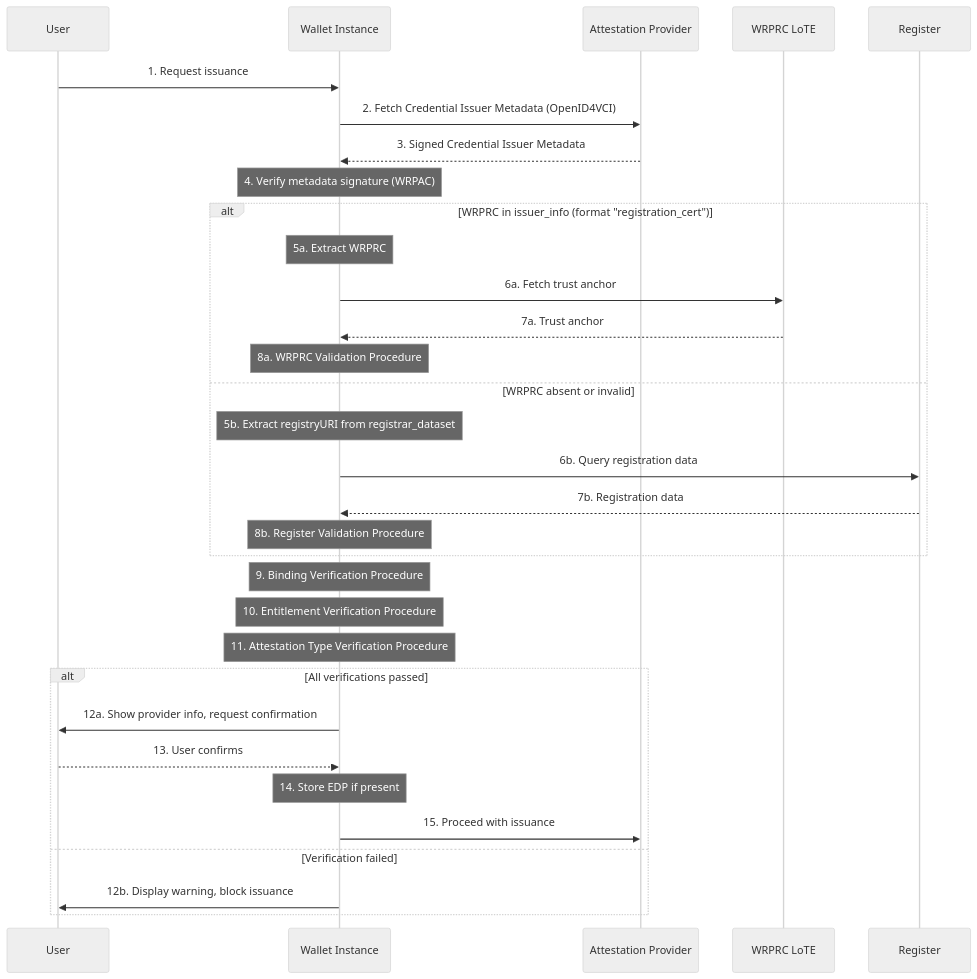
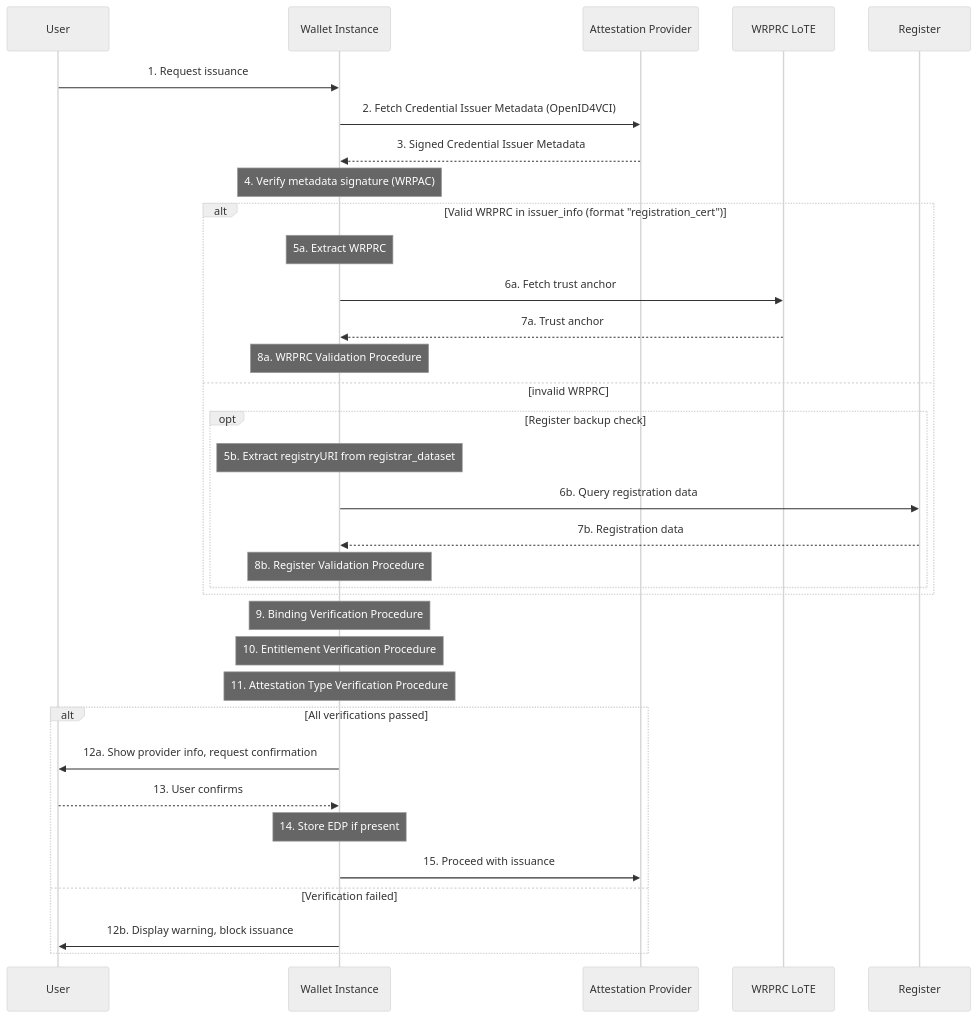
Before and after one commit to APTITUDE-Consortium/wp2-trust-specifications: the second of 4 diagrams in docs/topics/authorization-process.md, drawn with Mermaid (neutral theme). The commit also changed other lines of this file, not shown here.

Commit message:
Chore: refactor of AuthZ checks with WRPRC mandatory

````diff
--- a/docs/topics/authorization-process.md
+++ b/docs/topics/authorization-process.md
@@ -416,40 +401,42 @@
 ```mermaid
 sequenceDiagram
     %%autonumber
     participant User
     participant WI as Wallet Instance
     participant AP as Attestation Provider
     participant TL as WRPRC LoTE
     participant Reg as Register
 
     User->>WI: 1. Request issuance
     WI->>AP: 2. Fetch Credential Issuer Metadata (OpenID4VCI)
     AP-->>WI: 3. Signed Credential Issuer Metadata
 
     Note over WI: 4. Verify metadata signature (WRPAC)
 
-    alt WRPRC in issuer_info (format "registration_cert")
+    alt Valid WRPRC in issuer_info (format "registration_cert")
         Note over WI: 5a. Extract WRPRC
         WI->>TL: 6a. Fetch trust anchor
         TL-->>WI: 7a. Trust anchor
         Note over WI: 8a. WRPRC Validation Procedure
-    else WRPRC absent or invalid
-        Note over WI: 5b. Extract registryURI from registrar_dataset
-        WI->>Reg: 6b. Query registration data
-        Reg-->>WI: 7b. Registration data
-        Note over WI: 8b. Register Validation Procedure
+    else invalid WRPRC
+        opt Register backup check
+            Note over WI: 5b. Extract registryURI from registrar_dataset
+            WI->>Reg: 6b. Query registration data
+            Reg-->>WI: 7b. Registration data
+            Note over WI: 8b. Register Validation Procedure
+        end
     end
 
     Note over WI: 9. Binding Verification Procedure
     Note over WI: 10. Entitlement Verification Procedure
     Note over WI: 11. Attestation Type Verification Procedure
 
     alt All verifications passed
         WI->>User: 12a. Show provider info, request confirmation
         User-->>WI: 13. User confirms
         Note over WI: 14. Store EDP if present
         WI->>AP: 15. Proceed with issuance
     else Verification failed
         WI->>User: 12b. Display warning, block issuance
     end
 ```
````
